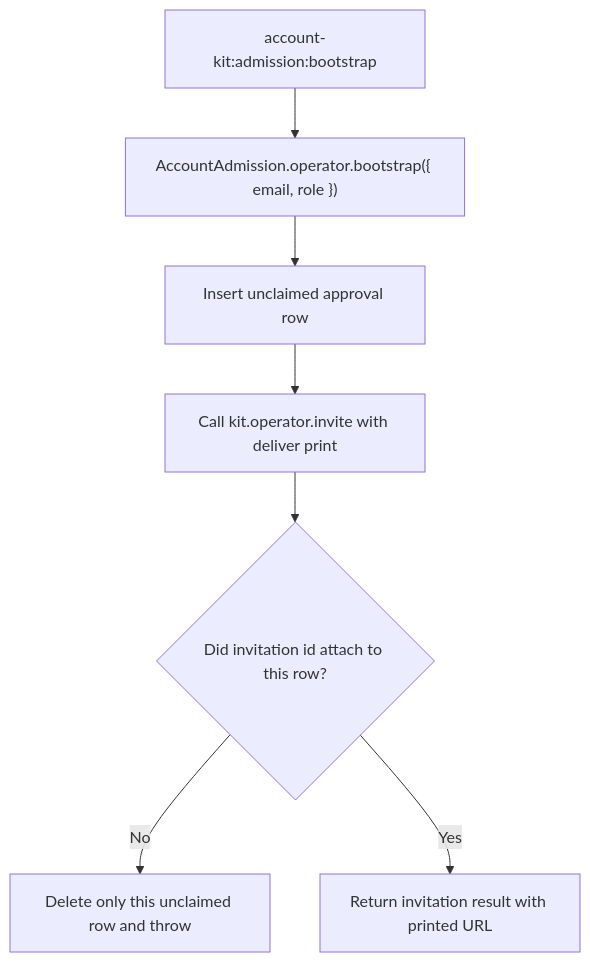
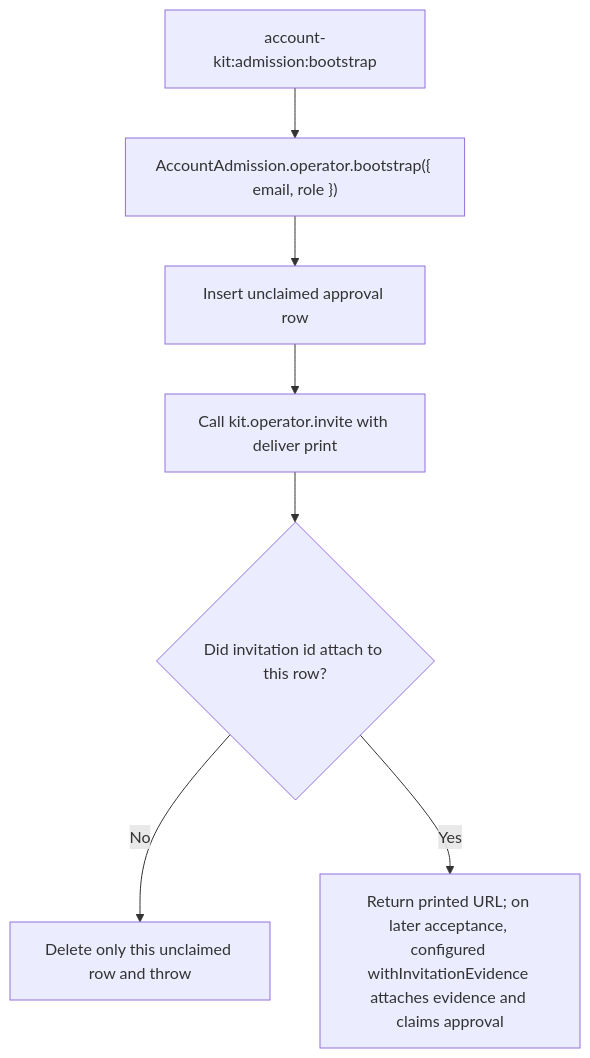
The second of 2 diagrams in user-stories/US-ACCOUNT-46-bootstrap-first-administrator.md (Kevinjohn/oss-adonisjs-account-kit), drawn with Mermaid before and after one commit. The commit also changed other lines of this file and 17 other files, not shown here.

````diff
--- a/user-stories/US-ACCOUNT-46-bootstrap-first-administrator.md
+++ b/user-stories/US-ACCOUNT-46-bootstrap-first-administrator.md
@@ -33,9 +33,9 @@
 ```mermaid
 flowchart TD
  A["account-kit:admission:bootstrap"] --> B["AccountAdmission.operator.bootstrap({ email, role })"]
  B --> C["Insert unclaimed approval row"]
  C --> D["Call kit.operator.invite with deliver print"]
  D --> E{"Did invitation id attach to this row?"}
  E -->|No| F["Delete only this unclaimed row and throw"]
- E -->|Yes| G["Return invitation result with printed URL"]
+ E -->|Yes| G["Return printed URL; on later acceptance, configured withInvitationEvidence attaches evidence and claims approval"]
 ```
````
